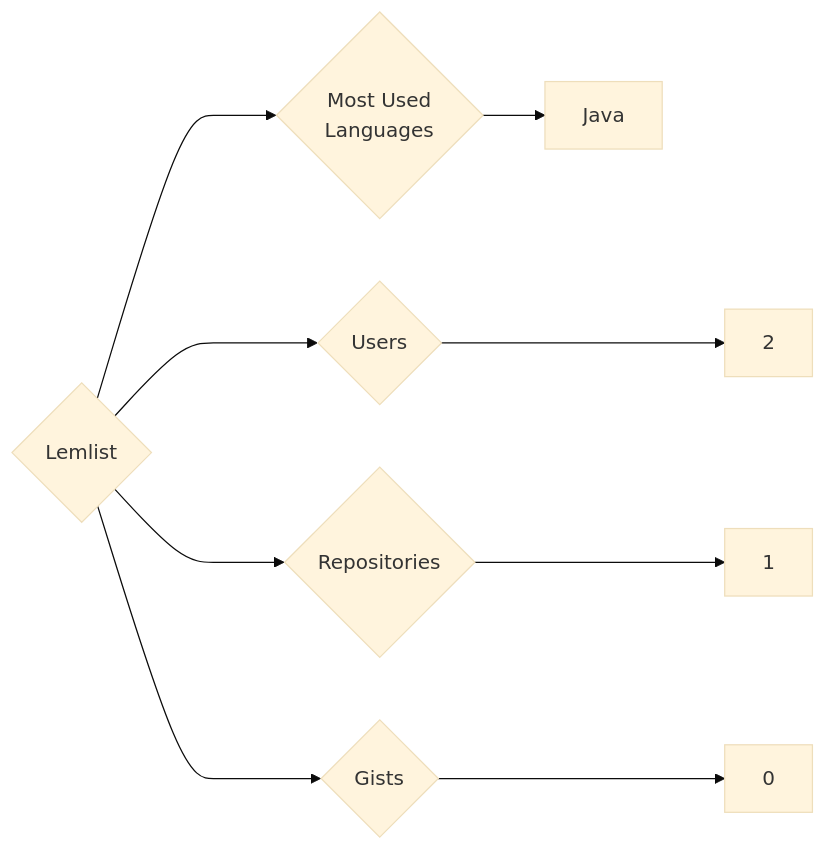
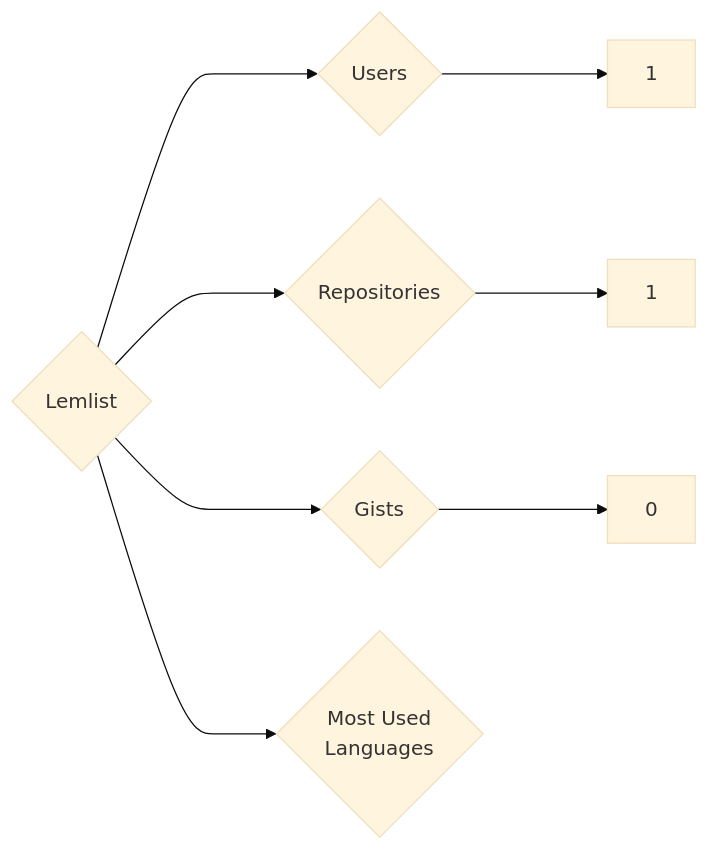
One commit to trickest/insiders changed the diagram in targets/Lemlist/README.md. Above: the diagram before and after it, drawn with Mermaid (base theme). The commit also changed 984 other files, not shown here.

````diff
--- a/targets/Lemlist/README.md
+++ b/targets/Lemlist/README.md
@@ -3,9 +3,8 @@
 ```mermaid
 graph LR
 COMPANY_NAME{Lemlist}
-COMPANY_NAME ---> U{Users} ---> UN[2]
+COMPANY_NAME ---> U{Users} ---> UN[1]
 COMPANY_NAME ---> R{Repositories} ---> RN[1]
 COMPANY_NAME ---> G{Gists} ---> GN[0]
 COMPANY_NAME ---> ML{Most Used<br>Languages}
-ML --> Java
 ```
````
